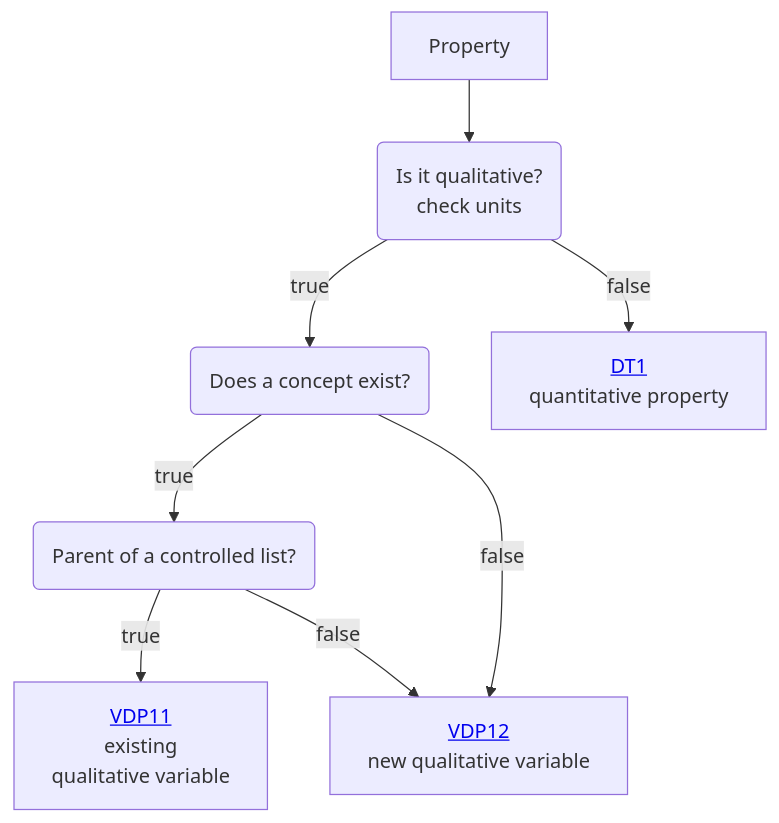
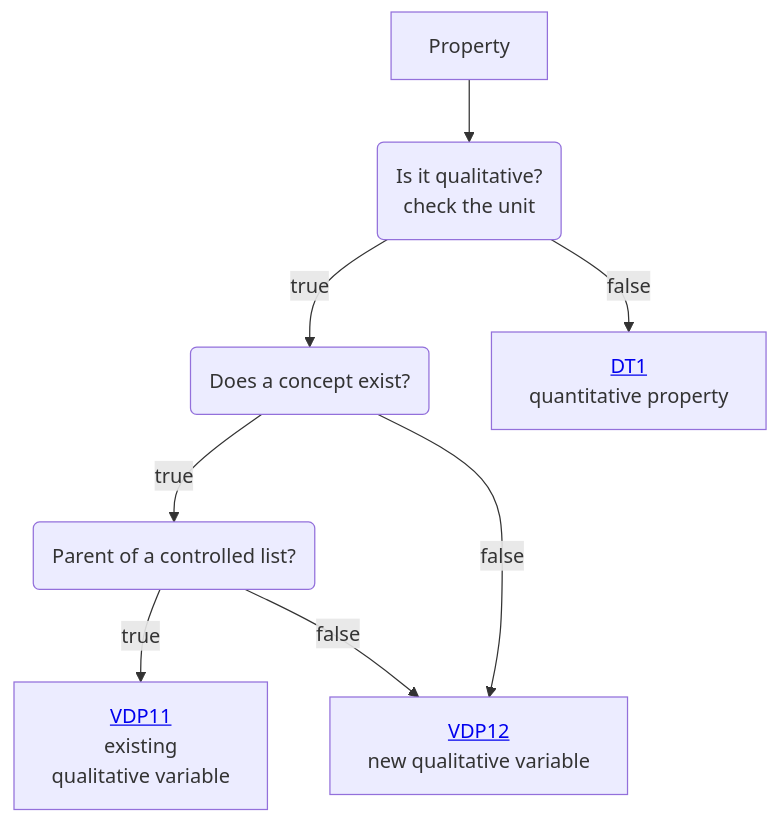
Before and after one commit to mabablue/I-ADOPT-patterns-playground: the diagram in Decisition_trees/DT0.mmd, drawn with Mermaid.

```diff
--- a/Decisition_trees/DT0.mmd
+++ b/Decisition_trees/DT0.mmd
@@ -1,8 +1,8 @@
 flowchart TD
-    A[Property] --> B(Is it qualitative? <br> check units)
+    A[Property] --> B(Is it qualitative? <br> check the unit)
     B --> |true|C(Does a concept exist?) 
     B --> |false|D[<a href='https://github.com/mabablue/I-ADOPT-patterns-playground/blob/main/Decisition_trees/DT1.mmd'>DT1</a><br> quantitative property] 
     C --> |true|E(Parent of a controlled list?)
     C --> |false|H[<a href='https://github.com/mabablue/I-ADOPT-patterns-playground/blob/main/pattern/VDP12.yaml'>VDP12</a><br> new qualitative variable] 
     E --> |true|F[<a href='https://github.com/mabablue/I-ADOPT-patterns-playground/blob/main/pattern/VDP11.yaml'>VDP11</a><br> existing <br> qualitative variable] 
     E --> |false|H
```
